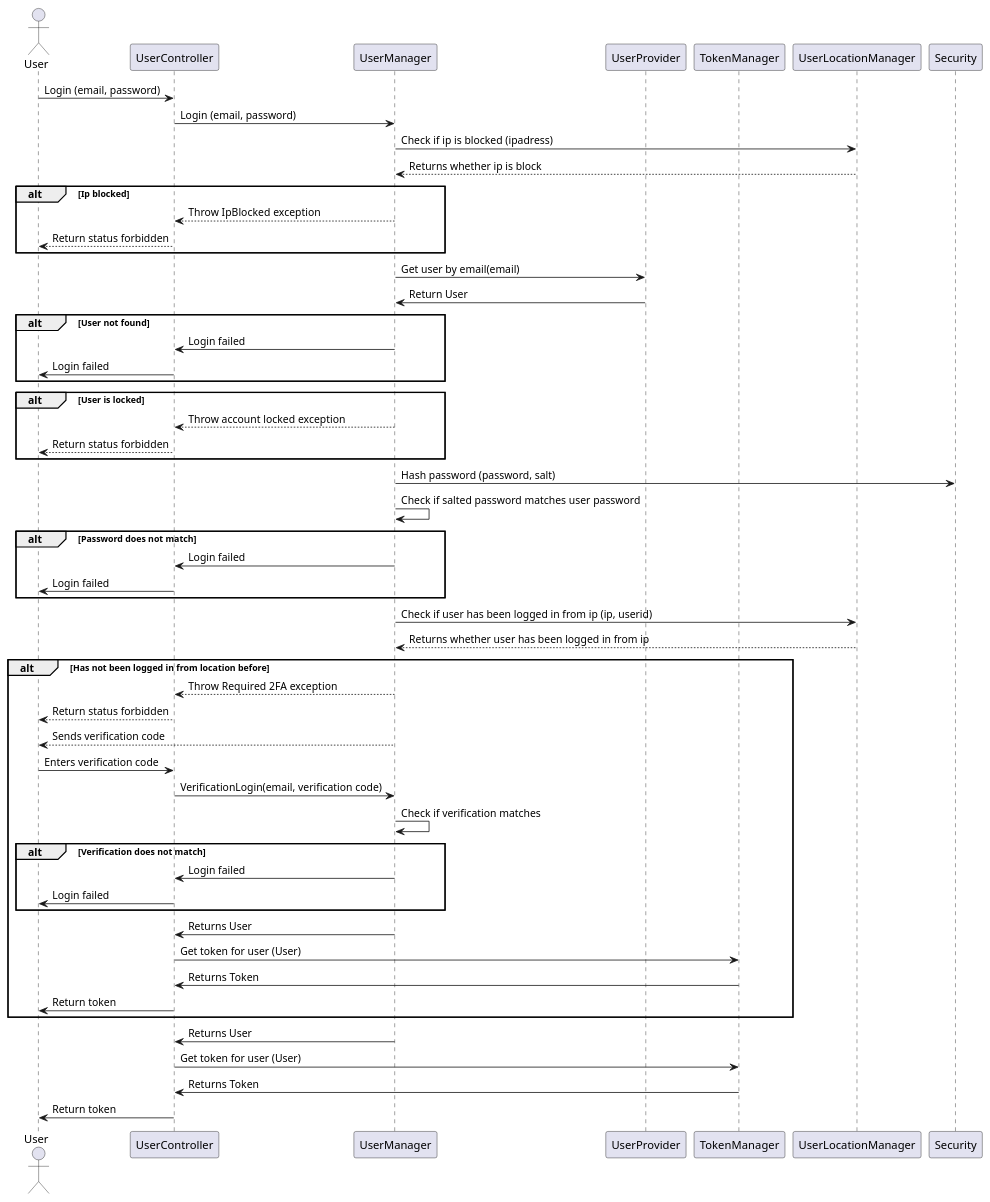
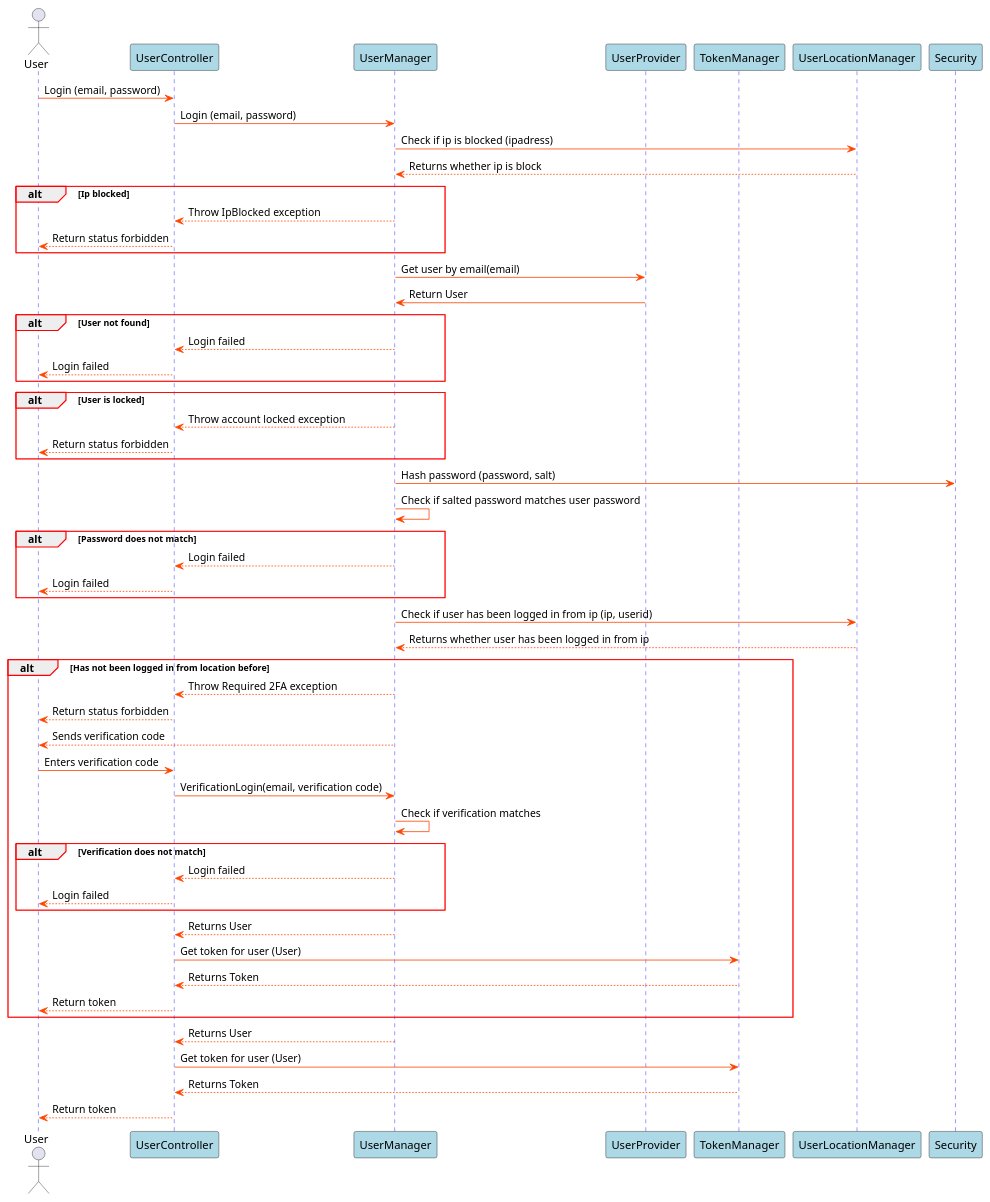
The diagram in Docs/SDDiagrams/LoginSD.plantuml (blackout1471/trust-us-school), drawn with PlantUML before and after one commit. The commit also changed 16 other files, not shown here.

First line of the commit message:
Misuse diagram (#14)

```diff
--- a/Docs/SDDiagrams/LoginSD.plantuml
+++ b/Docs/SDDiagrams/LoginSD.plantuml
@@ -1,79 +1,90 @@
 @startuml Login SD
+
+skinparam sequence {
+    GroupBorderColor red
+    GroupBorderThickness 1
+
+    ArrowColor orangered
+
+    LifeLineBorderColor blue
+
+    ParticipantBackgroundColor lightblue
+}
 
 actor User
 participant UserController
 participant UserManager
 participant UserProvider
 participant TokenManager
 participant UserLocationManager
 participant Security
 
 User->UserController: Login (email, password)
 UserController->UserManager: Login (email, password)
 UserManager->UserLocationManager: Check if ip is blocked (ipadress)
 UserLocationManager-->UserManager: Returns whether ip is block
 
 alt Ip blocked
 UserManager-->UserController: Throw IpBlocked exception
 UserController-->User: Return status forbidden
 end
 
 UserManager->UserProvider: Get user by email(email)
 UserProvider->UserManager: Return User
 
 
 alt User not found
 
-UserManager->UserController: Login failed
-UserController->User: Login failed
+UserManager-->UserController: Login failed
+UserController-->User: Login failed
 
 end
 
 alt User is locked
 
 UserManager-->UserController: Throw account locked exception
 UserController-->User: Return status forbidden
 
 end
 
 UserManager->Security: Hash password (password, salt)
 UserManager->UserManager: Check if salted password matches user password
 
 alt Password does not match
 
-UserManager->UserController: Login failed
-UserController->User: Login failed
+UserManager-->UserController: Login failed
+UserController-->User: Login failed
 
 end
 
 
 UserManager->UserLocationManager: Check if user has been logged in from ip (ip, userid)
 UserLocationManager-->UserManager: Returns whether user has been logged in from ip
 
 alt Has not been logged in from location before
 
 UserManager-->UserController: Throw Required 2FA exception
 UserController-->User: Return status forbidden
 UserManager-->User: Sends verification code
 User->UserController: Enters verification code
 UserController->UserManager: VerificationLogin(email, verification code)
 UserManager->UserManager: Check if verification matches
 alt Verification does not match
 
-UserManager->UserController: Login failed
-UserController->User: Login failed
+UserManager-->UserController: Login failed
+UserController-->User: Login failed
 
 end
-UserManager->UserController: Returns User
+UserManager-->UserController: Returns User
 UserController->TokenManager: Get token for user (User)
-TokenManager->UserController: Returns Token
-UserController->User: Return token
+TokenManager-->UserController: Returns Token
+UserController-->User: Return token
 end
 
-UserManager->UserController: Returns User
+UserManager-->UserController: Returns User
 UserController->TokenManager: Get token for user (User)
-TokenManager->UserController: Returns Token
+TokenManager-->UserController: Returns Token
 
-UserController->User: Return token
+UserController-->User: Return token
 
 @enduml
```
